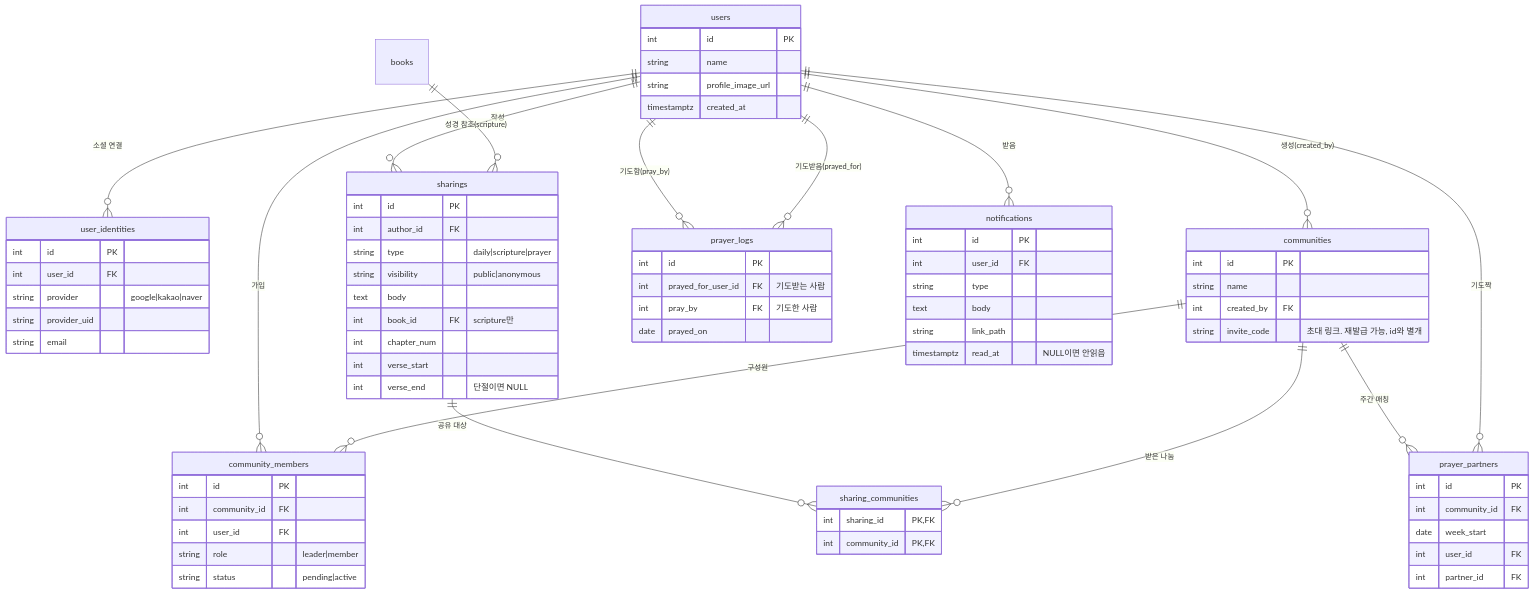
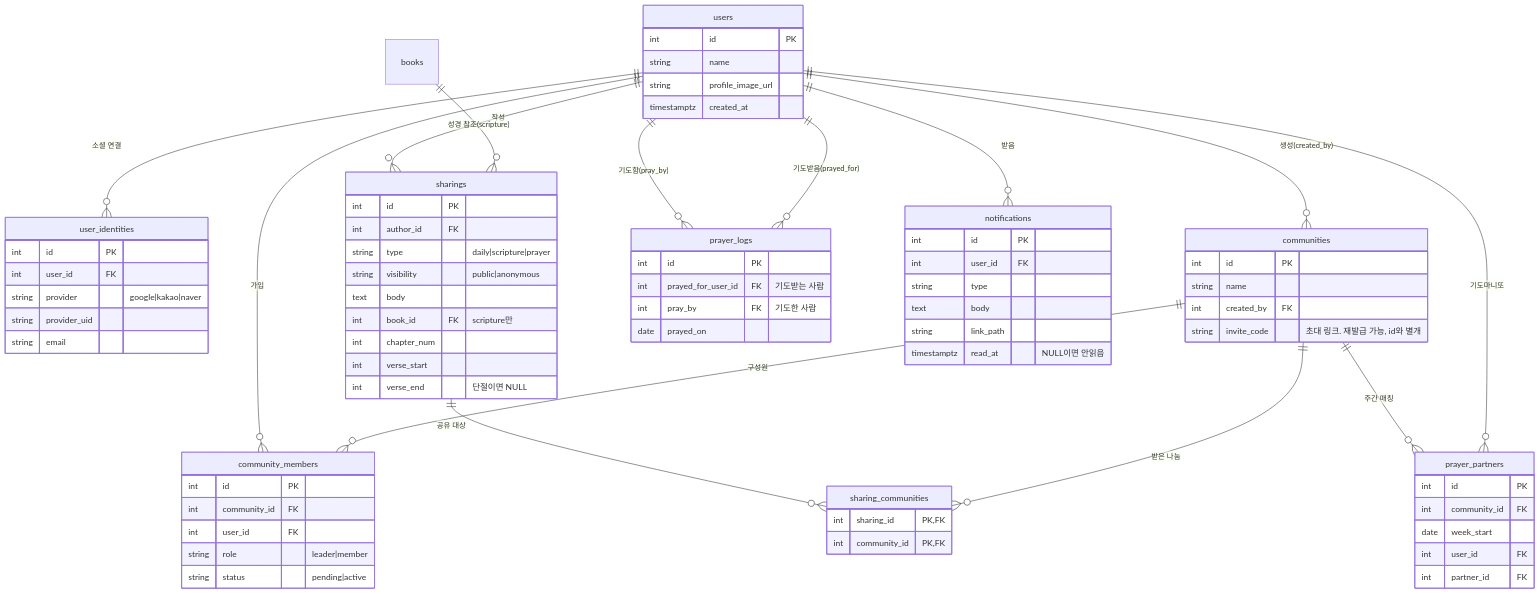
The diagram in docs/06_ERD.md (devminsu1101/Manna), drawn with Mermaid before and after one commit. The commit also changed other lines of this file and 37 other files, not shown here.

````diff
--- a/docs/06_ERD.md
+++ b/docs/06_ERD.md
@@ -11,79 +11,79 @@
 ```mermaid
 erDiagram
     users ||--o{ user_identities : "소셜 연결"
     users ||--o{ community_members : "가입"
     communities ||--o{ community_members : "구성원"
     users ||--o{ communities : "생성(created_by)"
     users ||--o{ sharings : "작성"
     sharings ||--o{ sharing_communities : "공유 대상"
     communities ||--o{ sharing_communities : "받은 나눔"
     books ||--o{ sharings : "성경 참조(scripture)"
     users ||--o{ prayer_logs : "기도함(pray_by)"
     users ||--o{ prayer_logs : "기도받음(prayed_for)"
     communities ||--o{ prayer_partners : "주간 매칭"
-    users ||--o{ prayer_partners : "기도짝"
+    users ||--o{ prayer_partners : "기도마니또"
     users ||--o{ notifications : "받음"
 
     users {
         int id PK
         string name
         string profile_image_url
         timestamptz created_at
     }
     user_identities {
         int id PK
         int user_id FK
         string provider "google|kakao|naver"
         string provider_uid
         string email
     }
     communities {
         int id PK
         string name
         int created_by FK
         string invite_code "초대 링크. 재발급 가능, id와 별개"
     }
     community_members {
         int id PK
         int community_id FK
         int user_id FK
         string role "leader|member"
         string status "pending|active"
     }
     sharings {
         int id PK
         int author_id FK
         string type "daily|scripture|prayer"
         string visibility "public|anonymous"
         text body
         int book_id FK "scripture만"
         int chapter_num
         int verse_start
         int verse_end "단절이면 NULL"
     }
     sharing_communities {
         int sharing_id PK,FK
         int community_id PK,FK
     }
     prayer_logs {
         int id PK
         int prayed_for_user_id FK "기도받는 사람"
         int pray_by FK "기도한 사람"
         date prayed_on
     }
     prayer_partners {
         int id PK
         int community_id FK
         date week_start
         int user_id FK
         int partner_id FK
     }
     notifications {
         int id PK
         int user_id FK
         string type
         text body
         string link_path
         timestamptz read_at "NULL이면 안읽음"
     }
 ```
````
